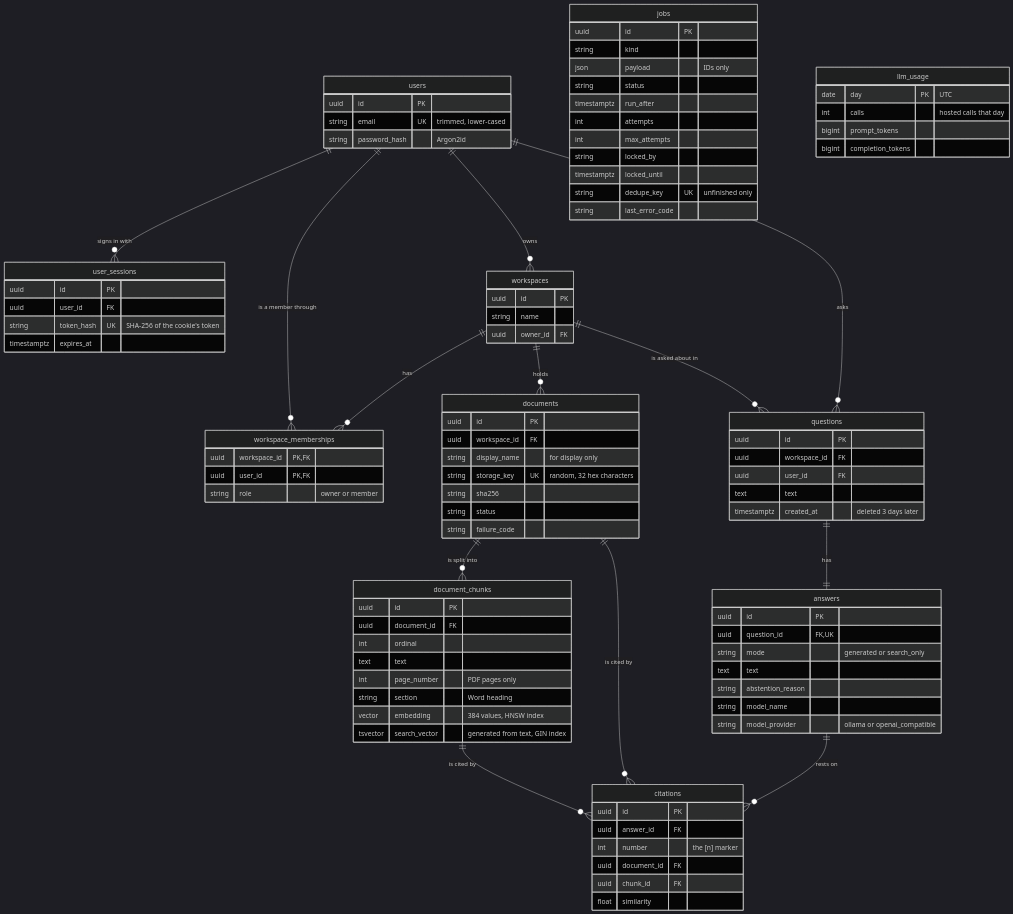
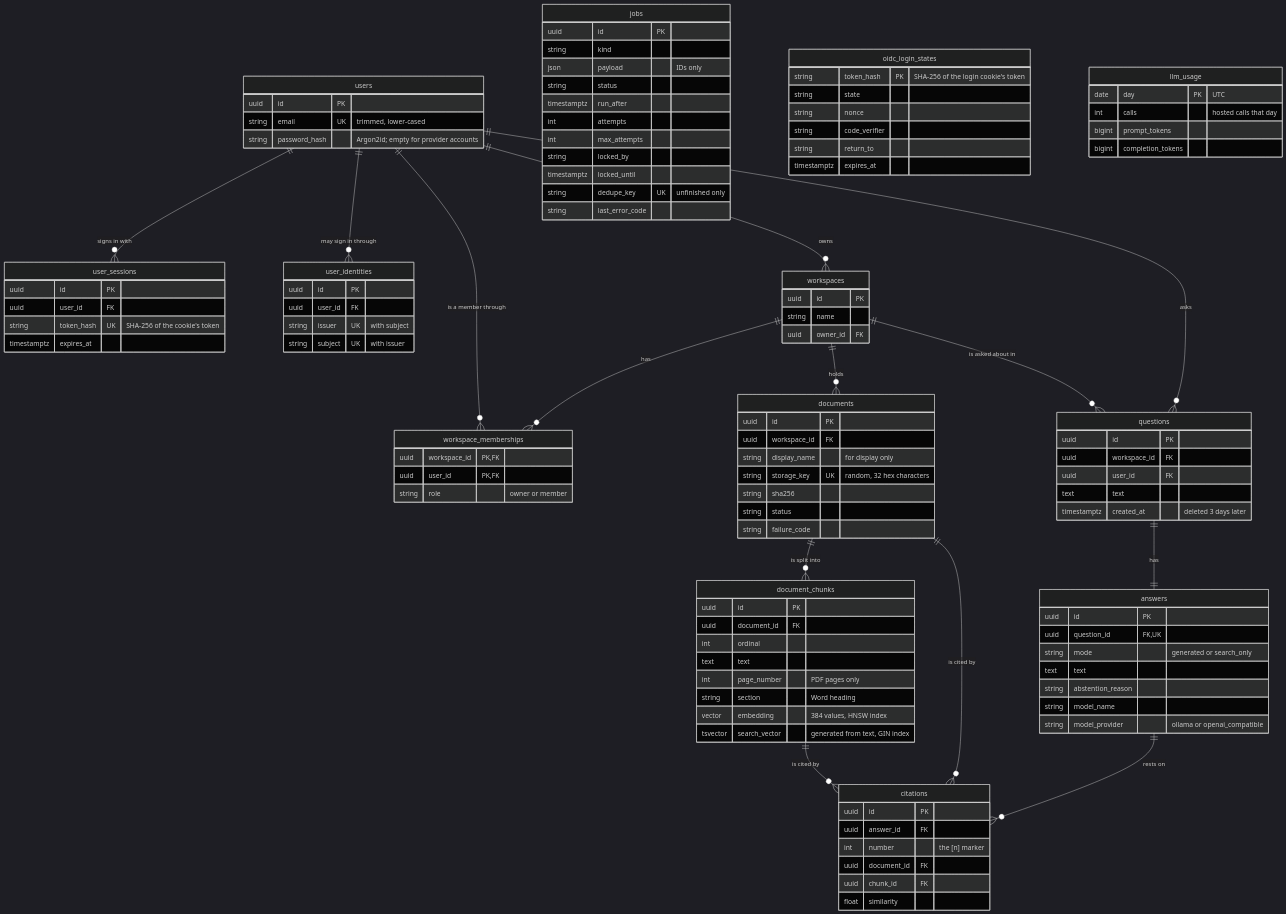
Before and after one commit to tatpudiarvind/evidence-backed-knowledge-assistant: the fifth of 5 diagrams in docs/architecture/README.md, drawn with Mermaid (dark theme). The commit also changed other lines of this file and 36 other files, not shown here.

First line of the commit message:
Phase 10: sign-in through an OpenID Connect provider

````diff
--- a/docs/architecture/README.md
+++ b/docs/architecture/README.md
@@ -190,6 +190,7 @@
 ```mermaid
 erDiagram
     users ||--o{ user_sessions : "signs in with"
+    users ||--o{ user_identities : "may sign in through"
     users ||--o{ workspace_memberships : "is a member through"
     workspaces ||--o{ workspace_memberships : "has"
     users ||--o{ workspaces : "owns"
@@ -218,7 +219,21 @@
     users {
         uuid id PK
         string email UK "trimmed, lower-cased"
-        string password_hash "Argon2id"
+        string password_hash "Argon2id; empty for provider accounts"
+    }
+    user_identities {
+        uuid id PK
+        uuid user_id FK
+        string issuer UK "with subject"
+        string subject UK "with issuer"
+    }
+    oidc_login_states {
+        string token_hash PK "SHA-256 of the login cookie's token"
+        string state
+        string nonce
+        string code_verifier
+        string return_to
+        timestamptz expires_at
     }
     user_sessions {
         uuid id PK
````
